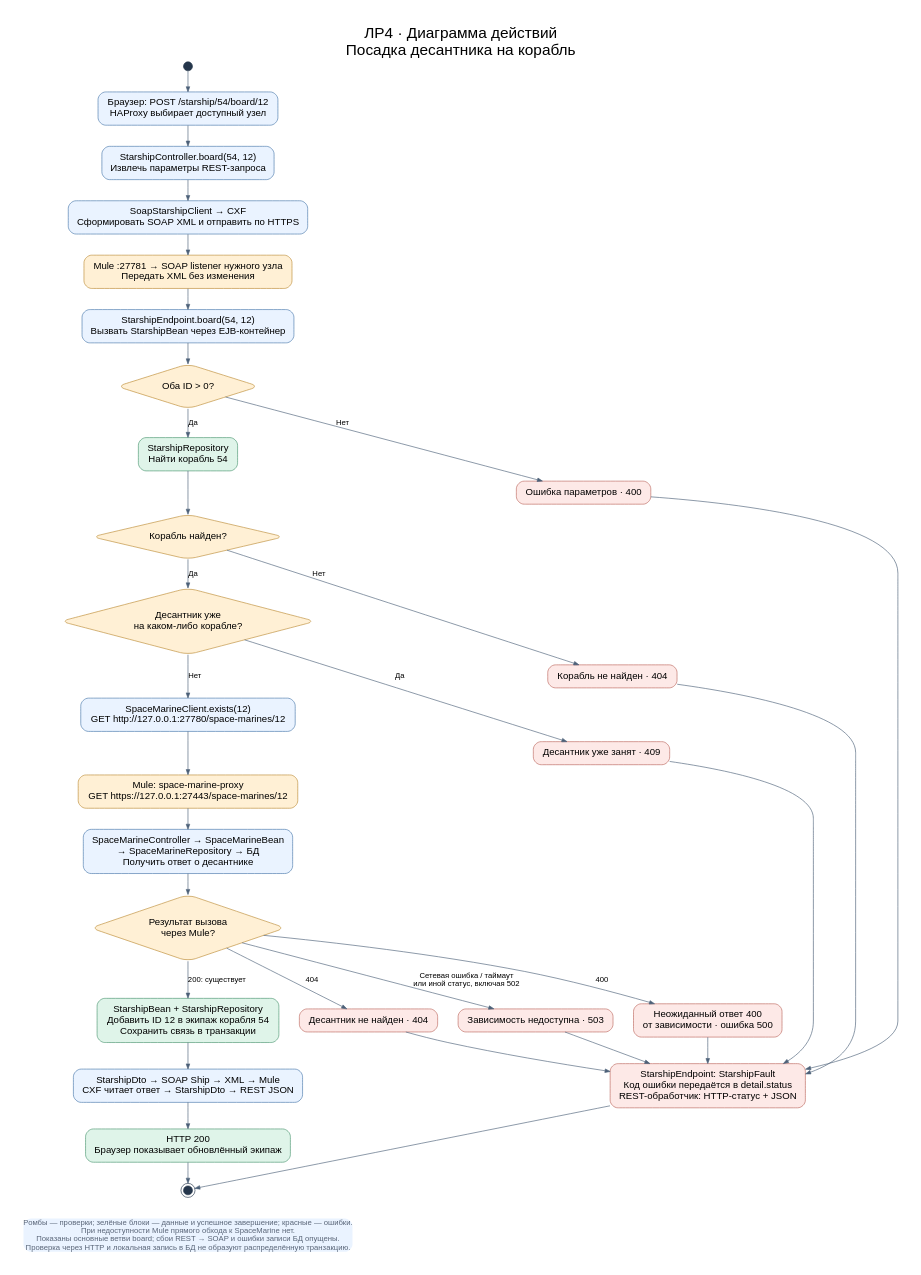
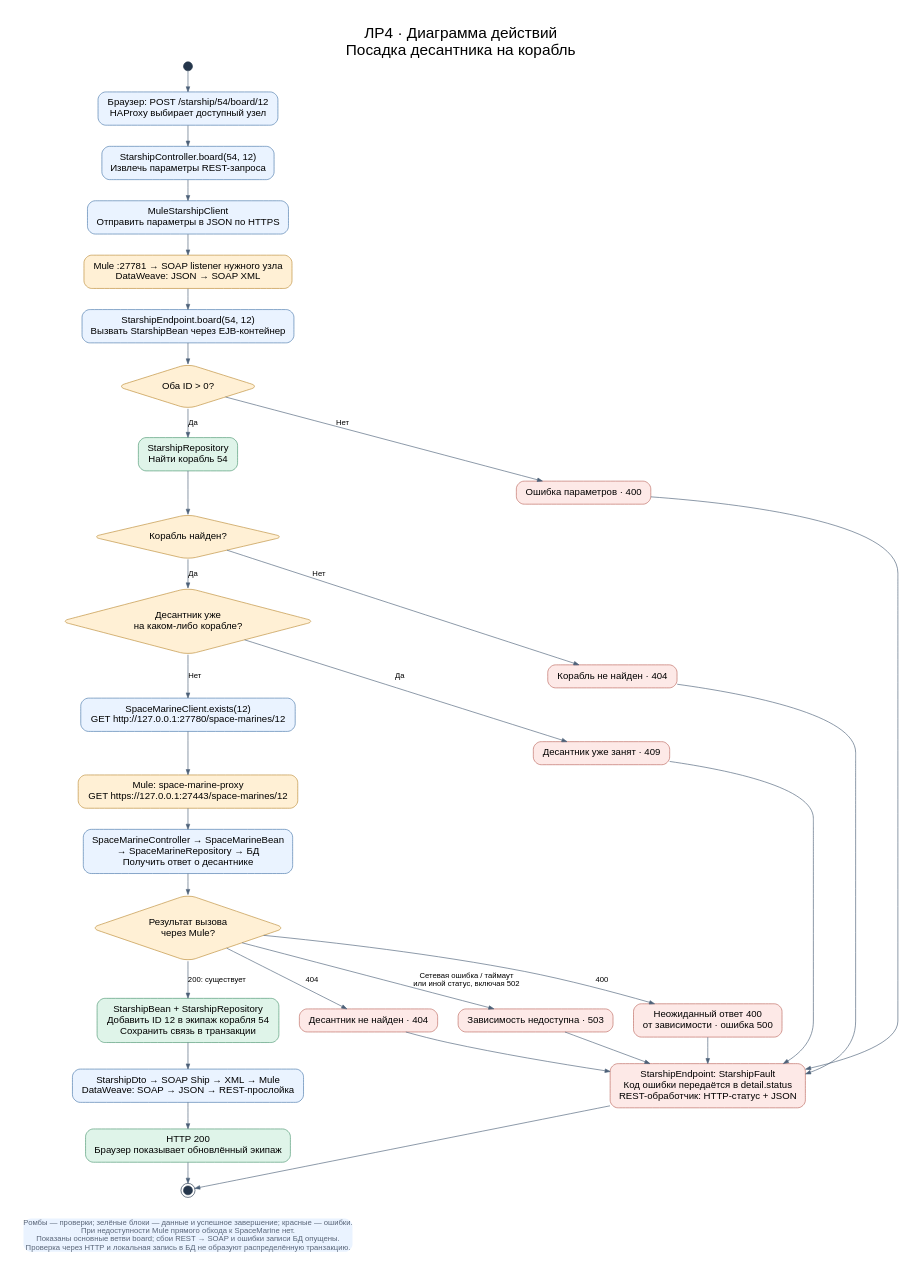
One commit to arekalov/soa-labs changed the diagram in docs/diagrams/lab4-activity.dot. Above: the diagram before and after it, drawn with Graphviz. The commit also changed 19 other files, not shown here.

Commit message:
Move Starship JSON SOAP transformations into Mule

```diff
--- a/docs/diagrams/lab4-activity.dot
+++ b/docs/diagrams/lab4-activity.dot
@@ -1,54 +1,54 @@
 digraph Activity {
   graph [rankdir=TB, bgcolor="#ffffff", pad=0.4, nodesep=0.45, ranksep=0.45, fontname="Arial", fontsize=24, labelloc=t, label="ЛР4 · Диаграмма действий\nПосадка десантника на корабль"];
   node [shape=box, style="rounded,filled", fillcolor="#eaf3ff", color="#4978ab", fontname="Arial", fontsize=15, margin="0.2,0.13"];
   edge [fontname="Arial", fontsize=12, color="#4c6078", arrowsize=0.8];
   start [shape=circle, label="", width=0.2, style=filled, fillcolor="#25364b", color="#25364b"];
   request [label="Браузер: POST /starship/54/board/12\nHAProxy выбирает доступный узел"];
   controller [label="StarshipController.board(54, 12)\nИзвлечь параметры REST-запроса"];
-  soap [label="SoapStarshipClient → CXF\nСформировать SOAP XML и отправить по HTTPS"];
-  soapmule [label="Mule :27781 → SOAP listener нужного узла\nПередать XML без изменения", fillcolor="#fff0d5", color="#bc8b34"];
+  soap [label="MuleStarshipClient\nОтправить параметры в JSON по HTTPS"];
+  soapmule [label="Mule :27781 → SOAP listener нужного узла\nDataWeave: JSON → SOAP XML", fillcolor="#fff0d5", color="#bc8b34"];
   endpoint [label="StarshipEndpoint.board(54, 12)\nВызвать StarshipBean через EJB-контейнер"];
   ids [shape=diamond, label="Оба ID > 0?", fillcolor="#fff0d5", color="#bc8b34"];
   find [label="StarshipRepository\nНайти корабль 54", fillcolor="#dff4e9", color="#4b9671"];
   found [shape=diamond, label="Корабль найден?", fillcolor="#fff0d5", color="#bc8b34"];
   occupied [shape=diamond, label="Десантник уже\nна каком-либо корабле?", fillcolor="#fff0d5", color="#bc8b34"];
   check [label="SpaceMarineClient.exists(12)\nGET http://127.0.0.1:27780/space-marines/12"];
   mule [label="Mule: space-marine-proxy\nGET https://127.0.0.1:27443/space-marines/12", fillcolor="#fff0d5", color="#bc8b34"];
   sm [label="SpaceMarineController → SpaceMarineBean\n→ SpaceMarineRepository → БД\nПолучить ответ о десантнике"];
   status [shape=diamond, label="Результат вызова\nчерез Mule?", fillcolor="#fff0d5", color="#bc8b34"];
   save [label="StarshipBean + StarshipRepository\nДобавить ID 12 в экипаж корабля 54\nСохранить связь в транзакции", fillcolor="#dff4e9", color="#4b9671"];
-  result [label="StarshipDto → SOAP Ship → XML → Mule\nCXF читает ответ → StarshipDto → REST JSON"];
+  result [label="StarshipDto → SOAP Ship → XML → Mule\nDataWeave: SOAP → JSON → REST-прослойка"];
   ok [label="HTTP 200\nБраузер показывает обновлённый экипаж", fillcolor="#dff4e9", color="#4b9671"];
   bad [label="Ошибка параметров · 400", fillcolor="#fde9e7", color="#bc675e"];
   noship [label="Корабль не найден · 404", fillcolor="#fde9e7", color="#bc675e"];
   conflict [label="Десантник уже занят · 409", fillcolor="#fde9e7", color="#bc675e"];
   nomarine [label="Десантник не найден · 404", fillcolor="#fde9e7", color="#bc675e"];
   unavailable [label="Зависимость недоступна · 503", fillcolor="#fde9e7", color="#bc675e"];
   internal [label="Неожиданный ответ 400\nот зависимости · ошибка 500", fillcolor="#fde9e7", color="#bc675e"];
   fault [label="StarshipEndpoint: StarshipFault\nКод ошибки передаётся в detail.status\nREST-обработчик: HTTP-статус + JSON", fillcolor="#fde9e7", color="#bc675e"];
   finish [shape=doublecircle, label="", width=0.2, style=filled, fillcolor="#25364b", color="#25364b"];
   { node [group="main"]; start; request; controller; soap; endpoint; ids; find; found; occupied; check; mule; sm; status; save; result; ok; finish; }
   start -> request -> controller -> soap -> soapmule -> endpoint -> ids [weight=30];
   ids -> find [label="Да", weight=30];
   ids -> bad [label="Нет"];
   find -> found [weight=30];
   found -> occupied [label="Да", weight=30];
   found -> noship [label="Нет"];
   occupied -> check [label="Нет", weight=30];
   occupied -> conflict [label="Да"];
   check -> mule -> sm -> status [weight=30];
   status -> save [label="200: существует", weight=30];
   status -> nomarine [label="404"];
   status -> unavailable [label="Сетевая ошибка / таймаут\nили иной статус, включая 502"];
   status -> internal [label="400"];
   save -> result -> ok -> finish [weight=30];
   bad -> fault;
   noship -> fault;
   conflict -> fault;
   nomarine -> fault;
   unavailable -> fault;
   internal -> fault;
   fault -> finish;
   note [shape=plain, fontsize=12, fontcolor="#596578", label="Ромбы — проверки; зелёные блоки — данные и успешное завершение; красные — ошибки.\nПри недоступности Mule прямого обхода к SpaceMarine нет.\nПоказаны основные ветви board; сбои REST → SOAP и ошибки записи БД опущены.\nПроверка через HTTP и локальная запись в БД не образуют распределённую транзакцию."];
   finish -> note [style=invis];
 }
```
